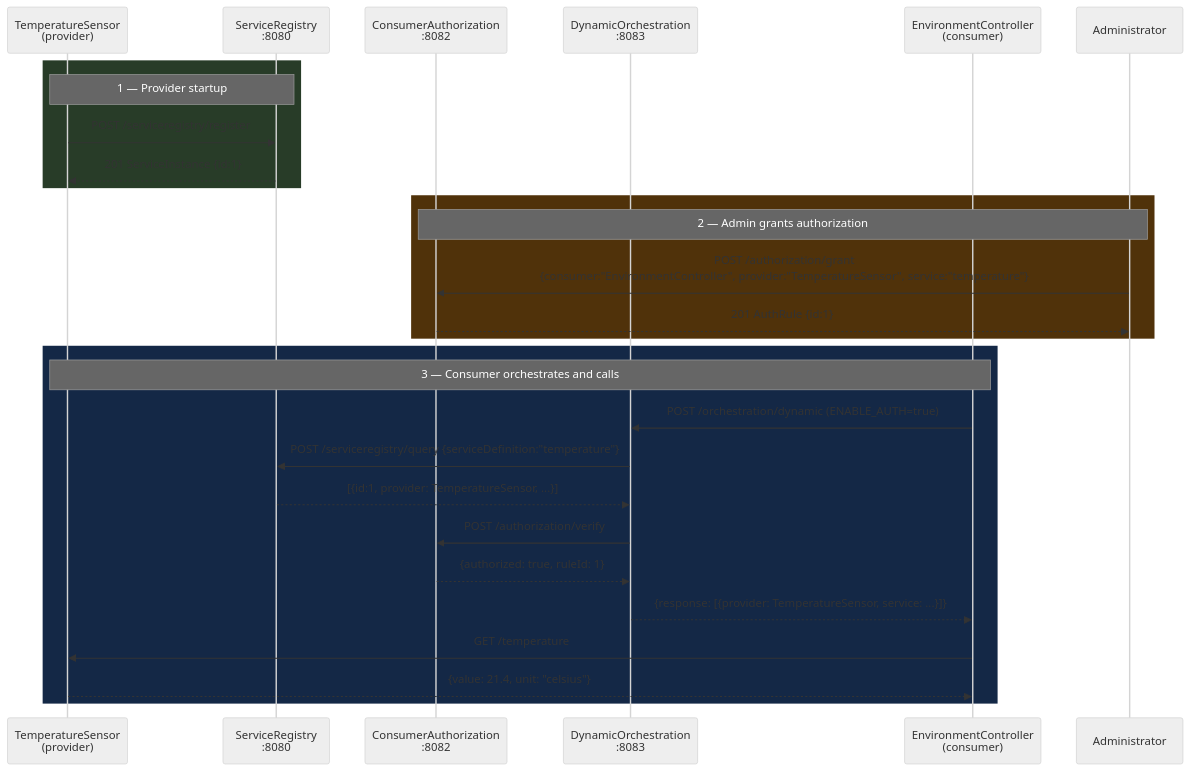
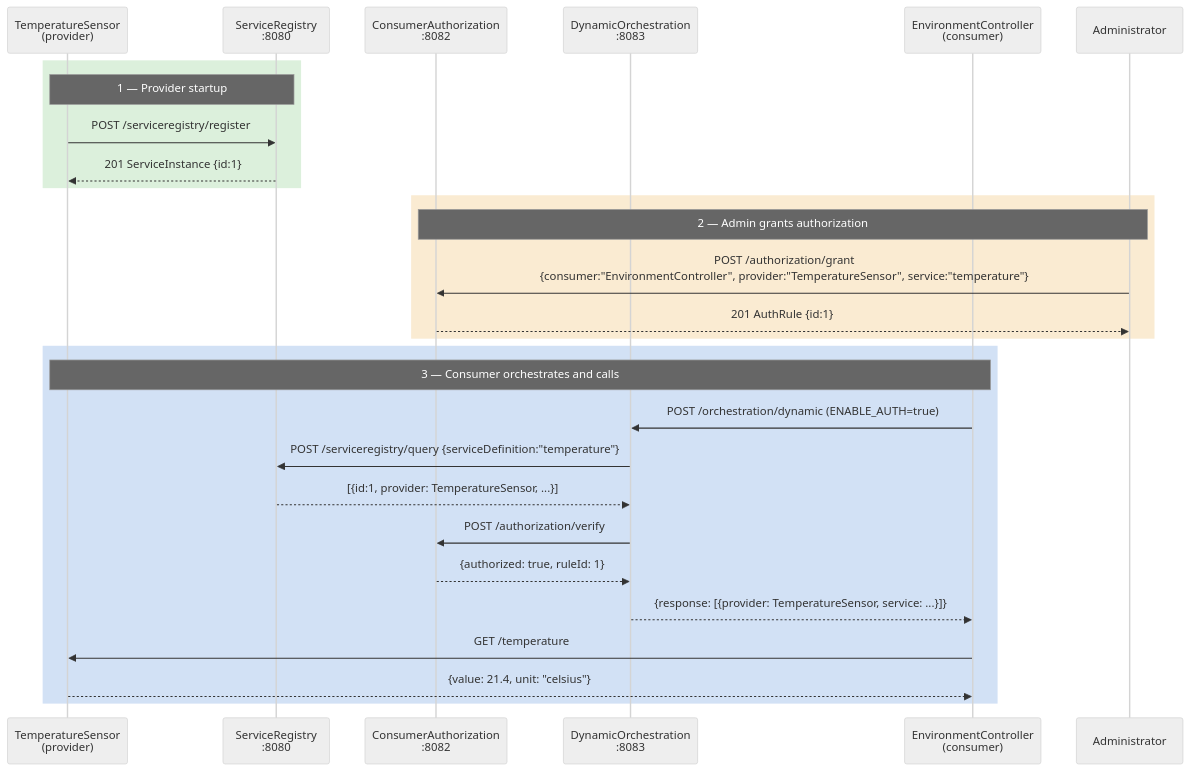
One commit to ulfbod/Arrowhead-experimental-core-systems changed the tenth of 10 diagrams in DIAGRAMS.md. Above: the diagram before and after it, drawn with Mermaid (neutral theme). The commit also changed other lines of this file and 2 other files, not shown here.

````diff
--- a/DIAGRAMS.md
+++ b/DIAGRAMS.md
@@ -248,33 +248,33 @@
 ```mermaid
 sequenceDiagram
     participant P as TemperatureSensor<br/>(provider)
     participant SR as ServiceRegistry<br/>:8080
     participant CA as ConsumerAuthorization<br/>:8082
     participant DO as DynamicOrchestration<br/>:8083
     participant C as EnvironmentController<br/>(consumer)
     participant A as Administrator
 
-    rect rgb(40, 60, 40)
+    rect rgb(220, 240, 220)
         note over P,SR: 1 — Provider startup
         P->>SR: POST /serviceregistry/register
         SR-->>P: 201 ServiceInstance {id:1}
     end
 
-    rect rgb(80, 50, 10)
+    rect rgb(250, 235, 210)
         note over A,CA: 2 — Admin grants authorization
         A->>CA: POST /authorization/grant<br/>{consumer:"EnvironmentController", provider:"TemperatureSensor", service:"temperature"}
         CA-->>A: 201 AuthRule {id:1}
     end
 
-    rect rgb(20, 40, 70)
+    rect rgb(210, 225, 245)
         note over C,P: 3 — Consumer orchestrates and calls
         C->>DO: POST /orchestration/dynamic (ENABLE_AUTH=true)
         DO->>SR: POST /serviceregistry/query {serviceDefinition:"temperature"}
         SR-->>DO: [{id:1, provider: TemperatureSensor, ...}]
         DO->>CA: POST /authorization/verify
         CA-->>DO: {authorized: true, ruleId: 1}
         DO-->>C: {response: [{provider: TemperatureSensor, service: ...}]}
         C->>P: GET /temperature
         P-->>C: {value: 21.4, unit: "celsius"}
     end
 ```
````
